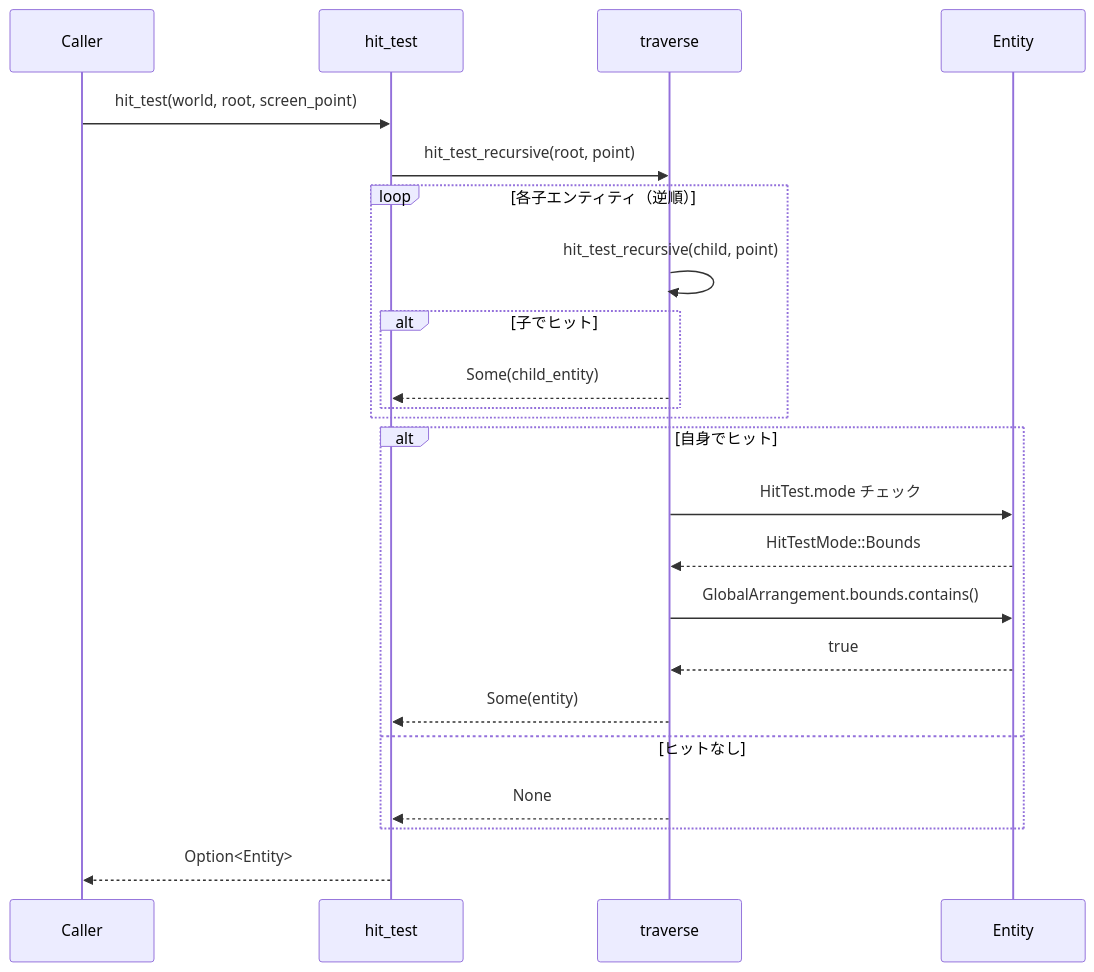
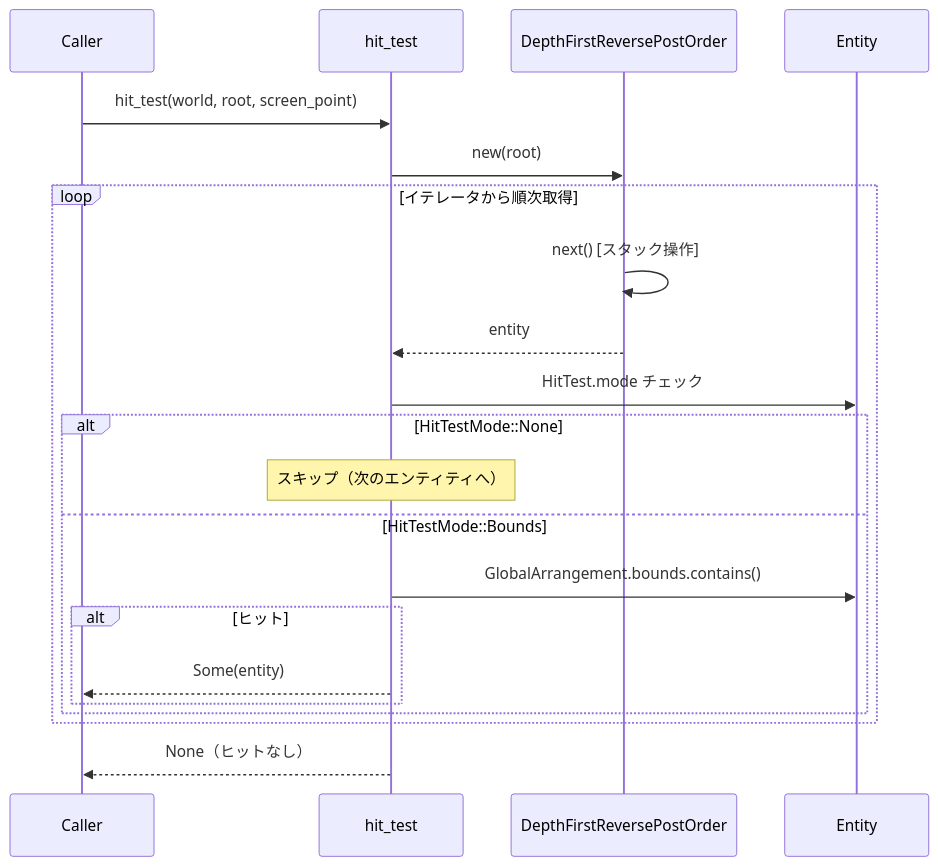
Before and after one commit to ekicyou/dcomp_sample-rs: the second of 3 diagrams in .kiro/specs/event-hit-test/design.md, drawn with Mermaid. The commit also changed other lines of this file and 2 other files, not shown here.

First line of the commit message:
refactor(event-hit-test): 走査アルゴリズムをイテレータベースに変更

````diff
--- a/.kiro/specs/event-hit-test/design.md
+++ b/.kiro/specs/event-hit-test/design.md
@@ -109,29 +109,26 @@
 ```mermaid
 sequenceDiagram
     participant Caller
     participant hit_test
-    participant traverse
+    participant Iterator as DepthFirstReversePostOrder
     participant Entity
 
     Caller->>hit_test: hit_test(world, root, screen_point)
-    hit_test->>traverse: hit_test_recursive(root, point)
+    hit_test->>Iterator: new(root)
     
-    loop 各子エンティティ（逆順）
-        traverse->>traverse: hit_test_recursive(child, point)
-        alt 子でヒット
-            traverse-->>hit_test: Some(child_entity)
+    loop イテレータから順次取得
+        Iterator->>Iterator: next() [スタック操作]
+        Iterator-->>hit_test: entity
+        hit_test->>Entity: HitTest.mode チェック
+        alt HitTestMode::None
+            Note over hit_test: スキップ（次のエンティティへ）
+        else HitTestMode::Bounds
+            hit_test->>Entity: GlobalArrangement.bounds.contains()
+            alt ヒット
+                hit_test-->>Caller: Some(entity)
+            end
         end
     end
     
-    alt 自身でヒット
-        traverse->>Entity: HitTest.mode チェック
-        Entity-->>traverse: HitTestMode::Bounds
-        traverse->>Entity: GlobalArrangement.bounds.contains()
-        Entity-->>traverse: true
-        traverse-->>hit_test: Some(entity)
-    else ヒットなし
-        traverse-->>hit_test: None
-    end
-    
-    hit_test-->>Caller: Option<Entity>
+    hit_test-->>Caller: None（ヒットなし）
 ```
````
